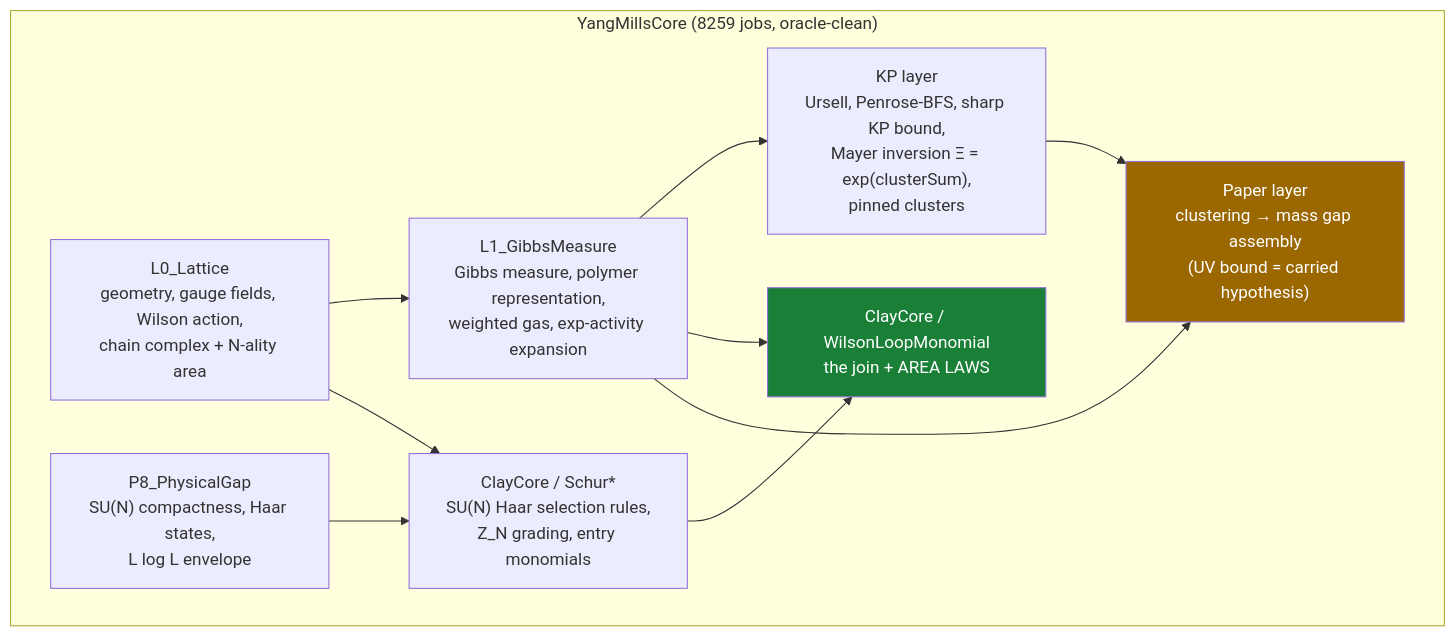
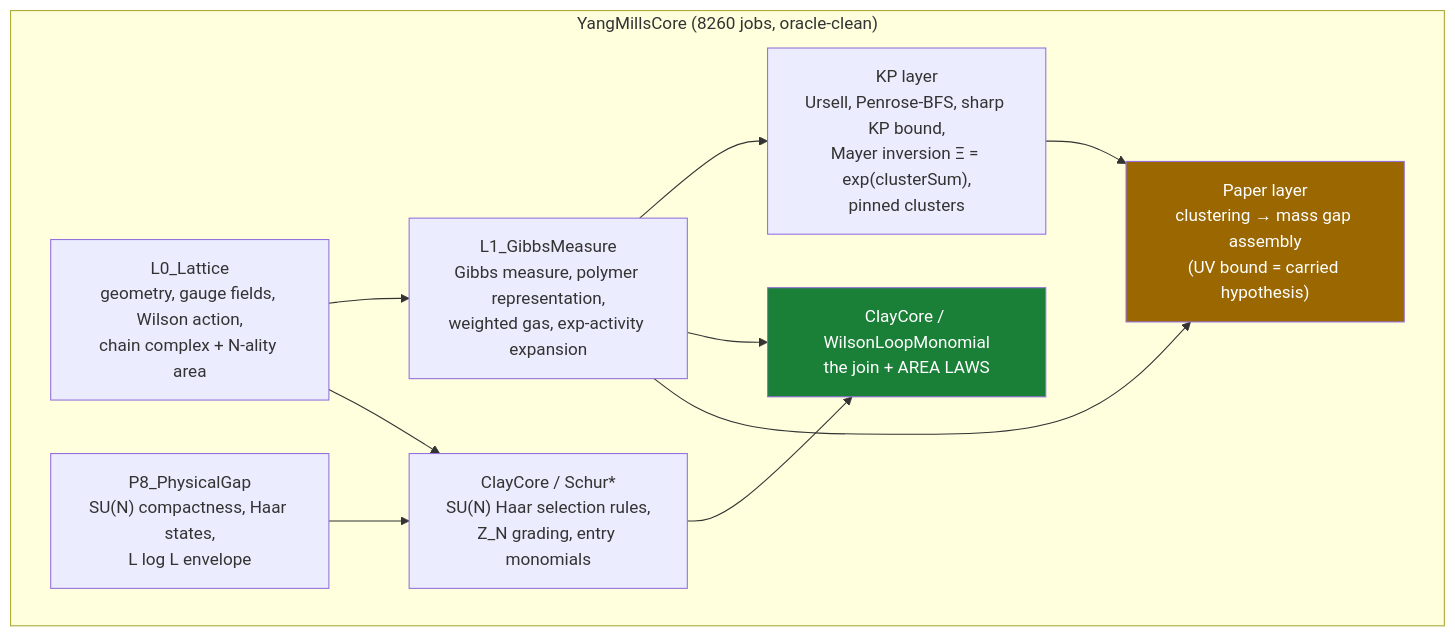
One commit to lluiseriksson/THE-ERIKSSON-PROGRAMME changed the diagram in README.md. Above: the diagram before and after it, drawn with Mermaid. The commit also changed other lines of this file and 5 other files, not shown here.

````diff
--- a/README.md
+++ b/README.md
@@ -204,20 +204,20 @@
 ```mermaid
 graph TD
-    subgraph core["YangMillsCore  (8259 jobs, oracle-clean)"]
+    subgraph core["YangMillsCore  (8260 jobs, oracle-clean)"]
         L0["L0_Lattice<br/>geometry, gauge fields, Wilson action,<br/>chain complex + N-ality area"]
         L1["L1_GibbsMeasure<br/>Gibbs measure, polymer representation,<br/>weighted gas, exp-activity expansion"]
         KP["KP layer<br/>Ursell, Penrose-BFS, sharp KP bound,<br/>Mayer inversion Ξ = exp(clusterSum),<br/>pinned clusters"]
         SCHUR["ClayCore / Schur*<br/>SU(N) Haar selection rules,<br/>Z_N grading, entry monomials"]
         WLM["ClayCore / WilsonLoopMonomial<br/>the join + AREA LAWS"]
         PAPER["Paper layer<br/>clustering → mass gap assembly<br/>(UV bound = carried hypothesis)"]
         P8["P8_PhysicalGap<br/>SU(N) compactness, Haar states,<br/>L log L envelope"]
     end
     L0 --> L1 --> KP
     L0 --> SCHUR --> WLM
     L1 --> WLM
     L1 --> PAPER
     KP --> PAPER
     P8 --> SCHUR
     style WLM fill:#1a7f37,color:#fff
     style PAPER fill:#9a6700,color:#fff
 ```
````
